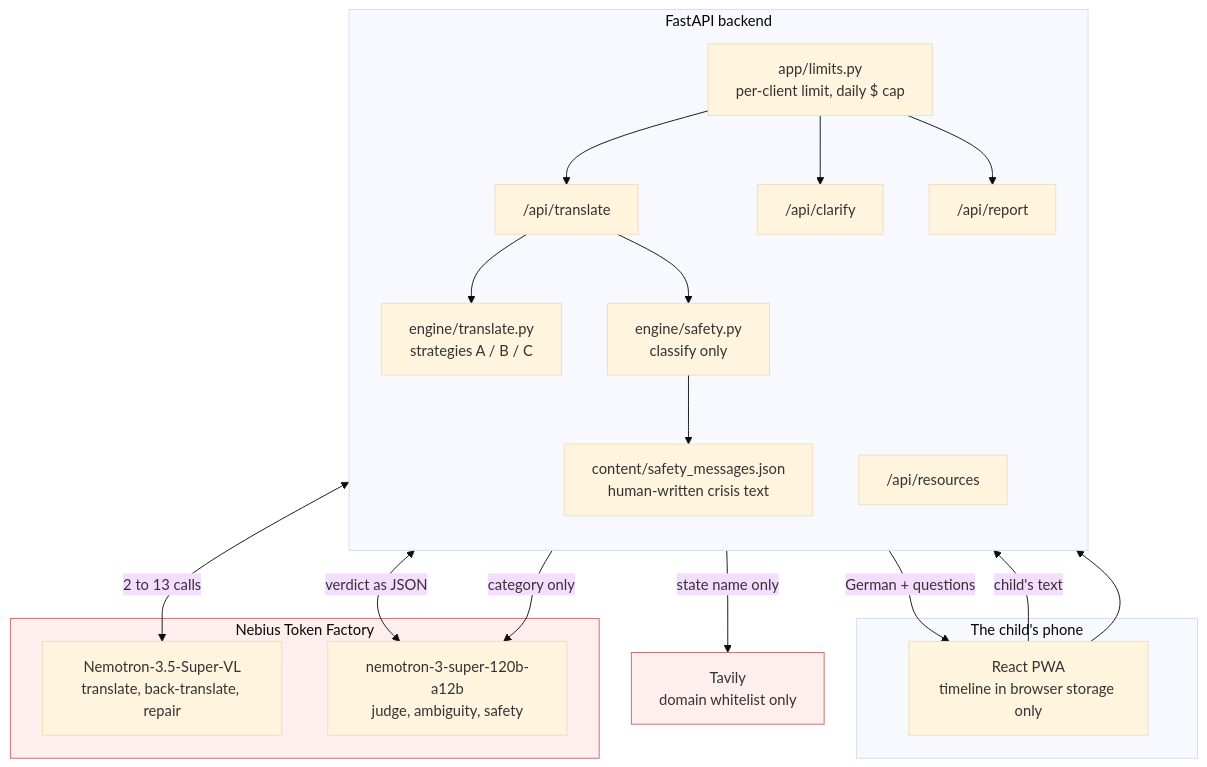
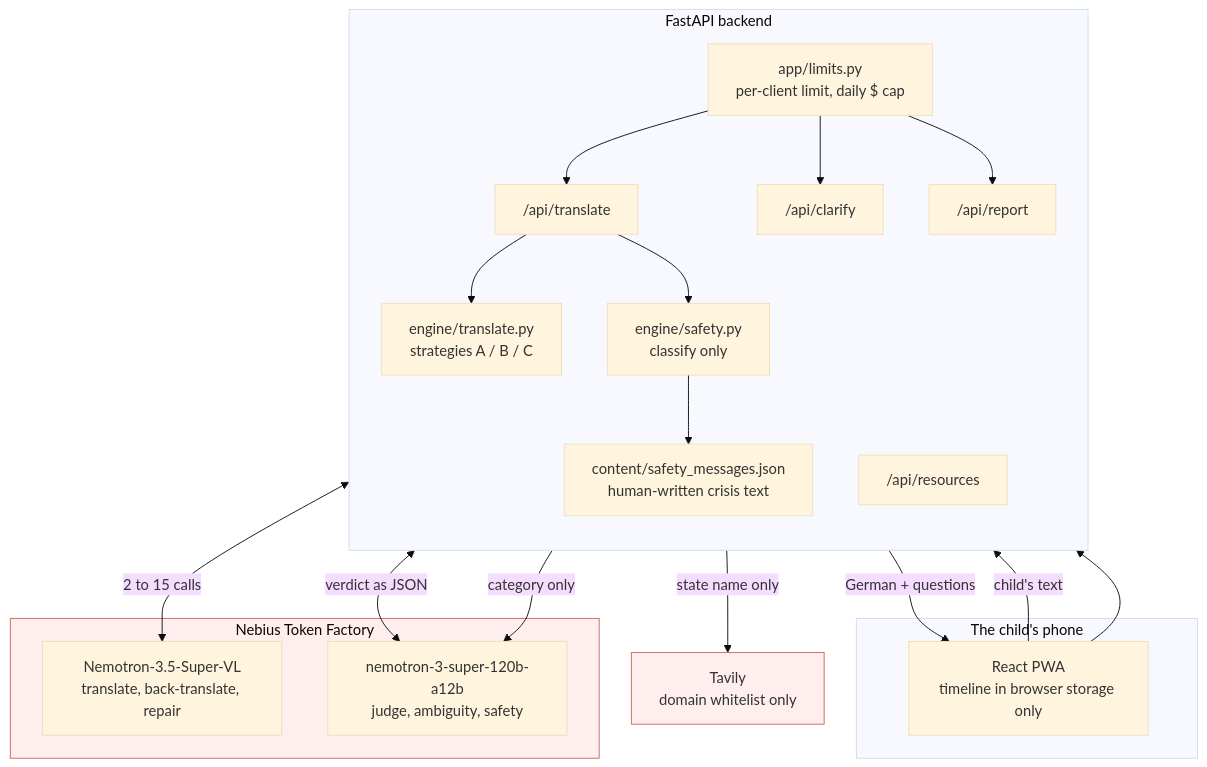
The diagram in README.md (swarupgaikwad1801-ux/vividia), drawn with Mermaid (base theme) before and after one commit. The commit also changed 16 other files, not shown here.

````diff
--- a/README.md
+++ b/README.md
@@ -64,39 +64,39 @@
 ```mermaid
 flowchart TB
     subgraph phone["The child's phone"]
         UI["React PWA<br/>timeline in browser storage only"]
     end
 
     subgraph api["FastAPI backend"]
         direction TB
         GUARD["app/limits.py<br/>per-client limit, daily $ cap"]
         T["/api/translate"]
         C["/api/clarify"]
         R["/api/report"]
         RES["/api/resources"]
         ENG["engine/translate.py<br/>strategies A / B / C"]
         SAFE["engine/safety.py<br/>classify only"]
         FIX["content/safety_messages.json<br/>human-written crisis text"]
     end
 
     subgraph nebius["Nebius Token Factory"]
         FAN["Nemotron-3.5-Super-VL<br/>translate, back-translate, repair"]
         JUDGE["nemotron-3-super-120b-a12b<br/>judge, ambiguity, safety"]
     end
 
     TAVILY["Tavily<br/>domain whitelist only"]
 
     UI -->|"child's text"| GUARD
     GUARD --> T & C & R
     UI --> RES
     T --> ENG & SAFE
-    ENG <-->|"2 to 13 calls"| FAN
+    ENG <-->|"2 to 15 calls"| FAN
     ENG <-->|"verdict as JSON"| JUDGE
     SAFE -->|"category only"| JUDGE
     SAFE --> FIX
     RES -->|"state name only"| TAVILY
     ENG -->|"German + questions"| UI
 
     classDef off fill:#fee,stroke:#c66
     class nebius,TAVILY off
 ```
````
